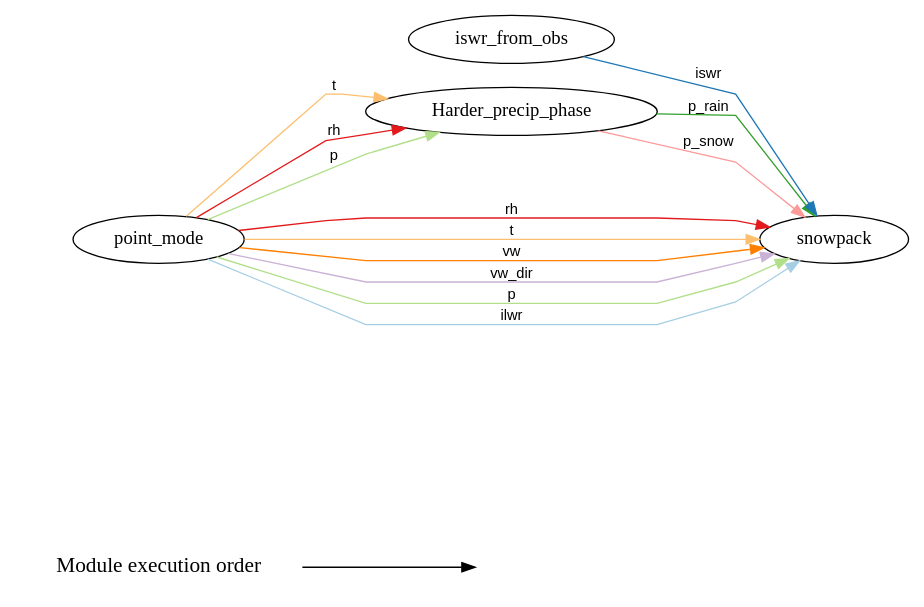
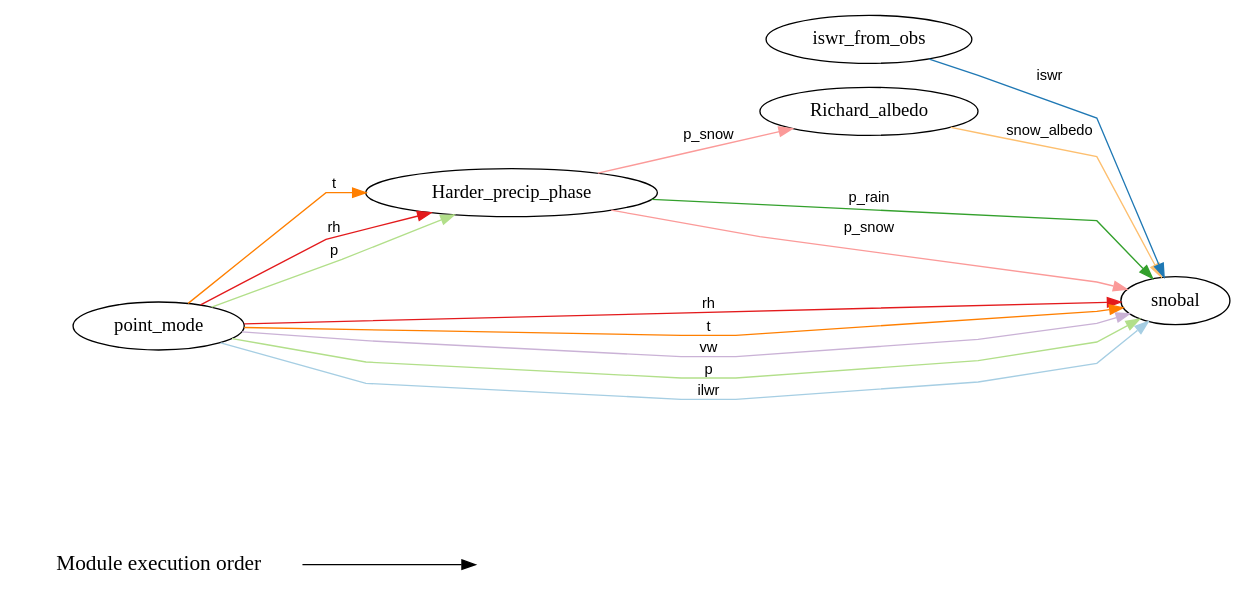
Before and after one commit to Chrismarsh/CHM: the diagram in modules.dot, drawn with Graphviz. The commit also changed 4 other files, not shown here.

```diff
--- a/modules.dot
+++ b/modules.dot
@@ -1,79 +1,85 @@
 digraph G {
 	graph [rankdir=LR,
 		splines=polyline
 	];
 	{
 		node [fontsize=16,
 			shape=plaintext
 		];
 		"Module execution order"		 [fontsize=16,
 			shape=plaintext];
 		""		 [fontsize=16,
 			shape=plaintext];
 		"Module execution order" -> "";
 	}
 	0	 [label=Harder_precip_phase];
-	3	 [label=snowpack];
-	0 -> 3	 [color="/paired12/4",
+	1	 [label=Richard_albedo];
+	0 -> 1	 [color="/paired12/5",
+		edgetype=p_snow,
+		fontname=Helvetica,
+		fontsize=11,
+		label=p_snow];
+	4	 [label=snobal];
+	0 -> 4	 [color="/paired12/4",
 		edgetype=p_rain,
 		fontname=Helvetica,
 		fontsize=11,
 		label=p_rain];
-	0 -> 3	 [color="/paired12/5",
+	0 -> 4	 [color="/paired12/5",
 		edgetype=p_snow,
 		fontname=Helvetica,
 		fontsize=11,
 		label=p_snow];
-	1	 [label=iswr_from_obs];
-	1 -> 3	 [color="/paired12/2",
+	1 -> 4	 [color="/paired12/7",
+		edgetype=snow_albedo,
+		fontname=Helvetica,
+		fontsize=11,
+		label=snow_albedo];
+	2	 [label=iswr_from_obs];
+	2 -> 4	 [color="/paired12/2",
 		edgetype=iswr,
 		fontname=Helvetica,
 		fontsize=11,
 		label=iswr];
-	2	 [label=point_mode];
-	2 -> 0	 [color="/paired12/7",
+	3	 [label=point_mode];
+	3 -> 0	 [color="/paired12/8",
 		edgetype=t,
 		fontname=Helvetica,
 		fontsize=11,
 		label=t];
-	2 -> 0	 [color="/paired12/6",
+	3 -> 0	 [color="/paired12/6",
 		edgetype=rh,
 		fontname=Helvetica,
 		fontsize=11,
 		label=rh];
-	2 -> 0	 [color="/paired12/3",
+	3 -> 0	 [color="/paired12/3",
 		edgetype=p,
 		fontname=Helvetica,
 		fontsize=11,
 		label=p];
-	2 -> 3	 [color="/paired12/6",
+	3 -> 4	 [color="/paired12/6",
 		edgetype=rh,
 		fontname=Helvetica,
 		fontsize=11,
 		label=rh];
-	2 -> 3	 [color="/paired12/7",
+	3 -> 4	 [color="/paired12/8",
 		edgetype=t,
 		fontname=Helvetica,
 		fontsize=11,
 		label=t];
-	2 -> 3	 [color="/paired12/8",
+	3 -> 4	 [color="/paired12/9",
 		edgetype=vw,
 		fontname=Helvetica,
 		fontsize=11,
 		label=vw];
-	2 -> 3	 [color="/paired12/9",
-		edgetype=vw_dir,
-		fontname=Helvetica,
-		fontsize=11,
-		label=vw_dir];
-	2 -> 3	 [color="/paired12/3",
+	3 -> 4	 [color="/paired12/3",
 		edgetype=p,
 		fontname=Helvetica,
 		fontsize=11,
 		label=p];
-	2 -> 3	 [color="/paired12/1",
+	3 -> 4	 [color="/paired12/1",
 		edgetype=ilwr,
 		fontname=Helvetica,
 		fontsize=11,
 		label=ilwr];
 }
```
